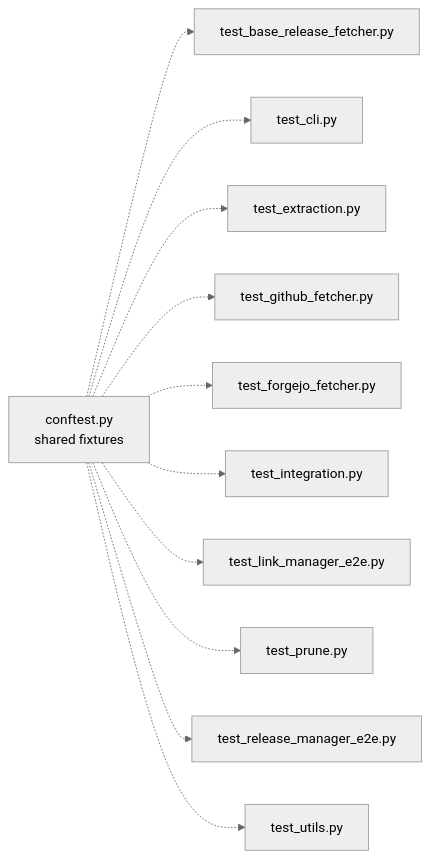
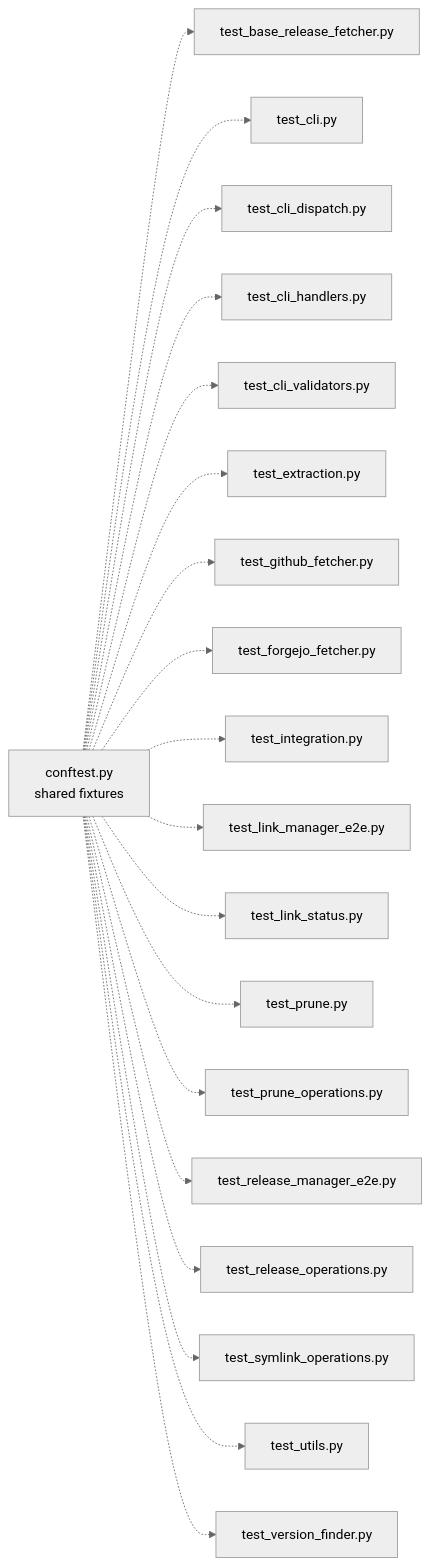
Diagram 11 of 11 in DESIGN.md (WombatFromHell/protonge-fetcher), drawn with Mermaid (neutral theme) before and after one commit. The commit also changed other lines of this file and 1 other file, not shown here.

````diff
--- a/DESIGN.md
+++ b/DESIGN.md
@@ -509,37 +525,61 @@
 ```mermaid
 graph LR
     conftest["conftest.py\nshared fixtures"]
 
     test_fetcher["test_base_release_fetcher.py"]
     test_cli["test_cli.py"]
+    test_cli_dispatch["test_cli_dispatch.py"]
+    test_cli_handlers["test_cli_handlers.py"]
+    test_cli_validators["test_cli_validators.py"]
     test_extract["test_extraction.py"]
     test_github["test_github_fetcher.py"]
     test_forgejo["test_forgejo_fetcher.py"]
     test_integration["test_integration.py"]
     test_links["test_link_manager_e2e.py"]
+    test_link_status["test_link_status.py"]
     test_prune["test_prune.py"]
+    test_prune_ops["test_prune_operations.py"]
     test_rm_e2e["test_release_manager_e2e.py"]
+    test_release_ops["test_release_operations.py"]
+    test_symlink_ops["test_symlink_operations.py"]
     test_utils["test_utils.py"]
+    test_version["test_version_finder.py"]
 
     conftest -.-> test_fetcher
     conftest -.-> test_cli
+    conftest -.-> test_cli_dispatch
+    conftest -.-> test_cli_handlers
+    conftest -.-> test_cli_validators
     conftest -.-> test_extract
     conftest -.-> test_github
     conftest -.-> test_forgejo
     conftest -.-> test_integration
     conftest -.-> test_links
+    conftest -.-> test_link_status
     conftest -.-> test_prune
+    conftest -.-> test_prune_ops
     conftest -.-> test_rm_e2e
+    conftest -.-> test_release_ops
+    conftest -.-> test_symlink_ops
     conftest -.-> test_utils
+    conftest -.-> test_version
 
     class test_fetcher fill:#fce4ec
     class test_cli fill:#e0f7fa
+    class test_cli_dispatch fill:#e0f7fa
+    class test_cli_handlers fill:#e0f7fa
+    class test_cli_validators fill:#e0f7fa
     class test_extract fill:#e8f5e9
     class test_github fill:#e3f2fd
     class test_forgejo fill:#fff3e0
     class test_integration fill:#f3e5f5
     class test_links fill:#e1f5fe
+    class test_link_status fill:#e1f5fe
     class test_prune fill:#fff9c4
+    class test_prune_ops fill:#fff9c4
     class test_rm_e2e fill:#ffebee
+    class test_release_ops fill:#ffebee
+    class test_symlink_ops fill:#e1f5fe
     class test_utils fill:#f1f8e9
+    class test_version fill:#f1f8e9
 ```
````
